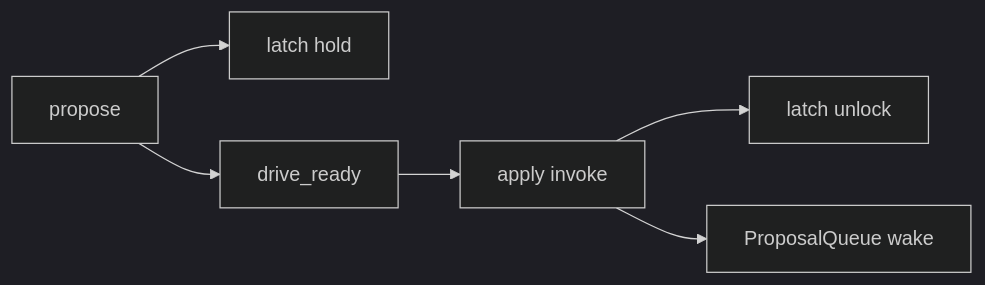
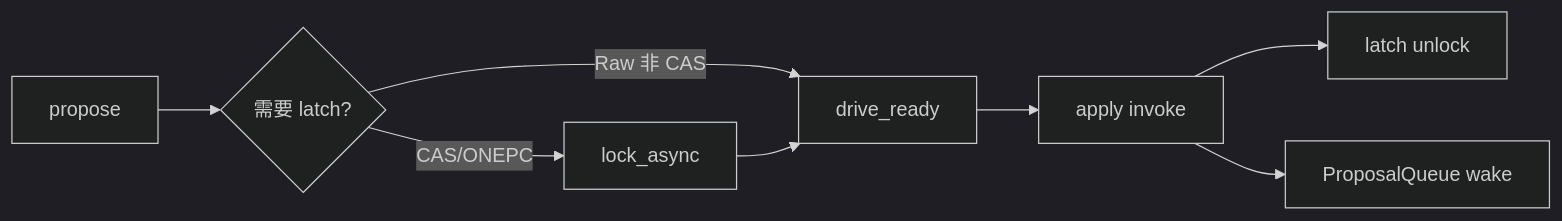
One commit to devotionalist/openkv changed the diagram in docs/flows/19-architecture-hardening.md. Above: the diagram before and after it, drawn with Mermaid (dark theme). The commit also changed other lines of this file and 51 other files, not shown here.

````diff
--- a/docs/flows/19-architecture-hardening.md
+++ b/docs/flows/19-architecture-hardening.md
@@ -27,8 +27,10 @@
 ```mermaid
 flowchart LR
-  P[propose] --> L[latch hold]
-  P --> R[drive_ready]
+  P[propose] --> L{需要 latch?}
+  L -->|Raw 非 CAS| R[drive_ready]
+  L -->|CAS/ONEPC| LA[lock_async]
+  LA --> R
   R --> A[apply invoke]
   A --> U[latch unlock]
   A --> W[ProposalQueue wake]
 ```
````
